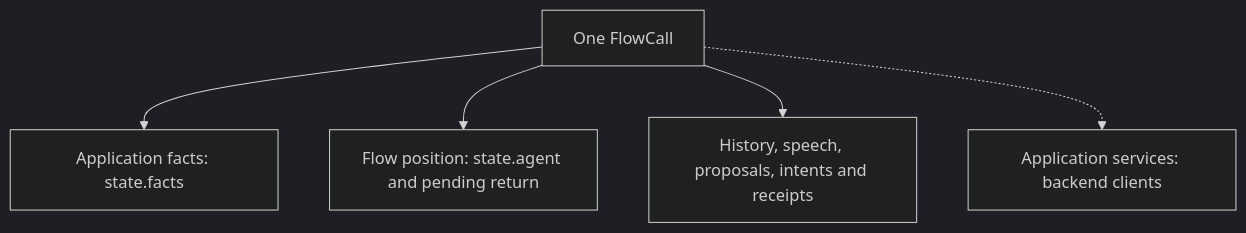
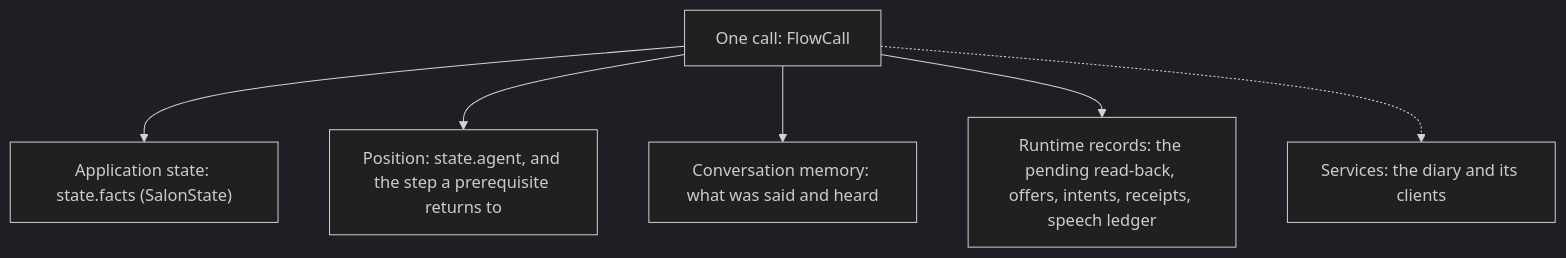
One commit to slng-ai/unmute-beat changed the diagram in docs/architecture/03-typed-state-and-history.md. Above: the diagram before and after it, drawn with Mermaid (dark theme). The commit also changed other lines of this file and 6 other files, not shown here.

First line of the commit message:
Explain the typed-node approach: README and architecture guide on the v2 salon

````diff
--- a/docs/architecture/03-typed-state-and-history.md
+++ b/docs/architecture/03-typed-state-and-history.md
@@ -54,7 +12,8 @@
 ```mermaid
 flowchart TD
-    Call["One FlowCall"] --> Facts["Application facts: state.facts"]
-    Call --> Position["Flow position: state.agent and pending return"]
-    Call --> Records["History, speech, proposals, intents and receipts"]
-    Call -.-> Services["Application services: backend clients"]
+    Call["One call: FlowCall"] --> Facts["Application state: state.facts (SalonState)"]
+    Call --> Position["Position: state.agent, and the step a prerequisite returns to"]
+    Call --> Memory["Conversation memory: what was said and heard"]
+    Call --> Records["Runtime records: the pending read-back, offers, intents, receipts, speech ledger"]
+    Call -.-> Services["Services: the diary and its clients"]
 ```
````
